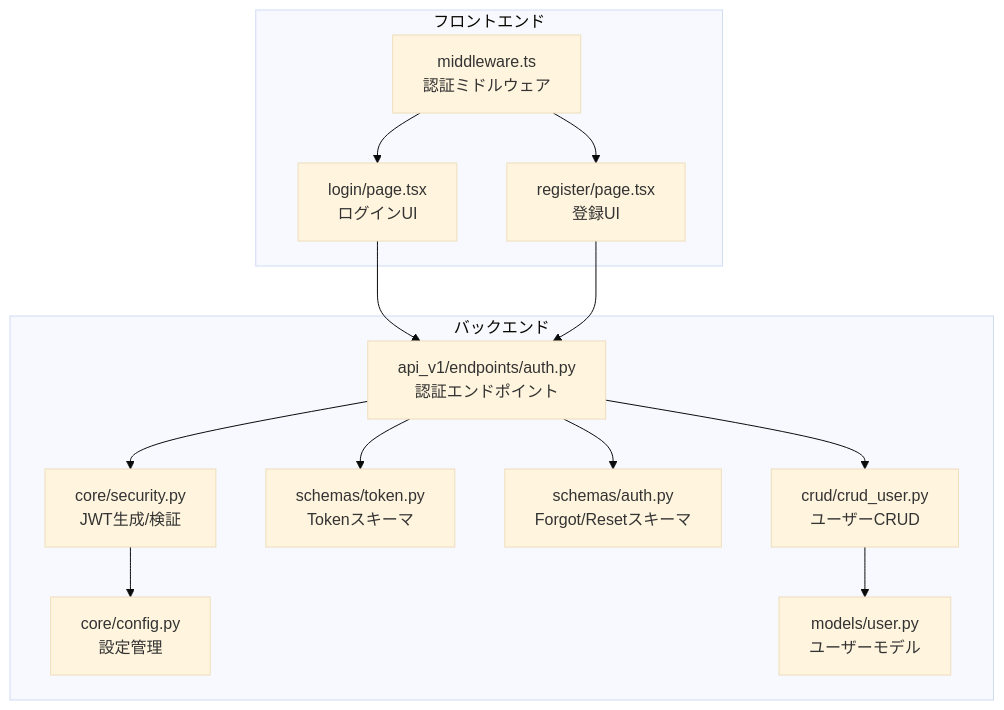
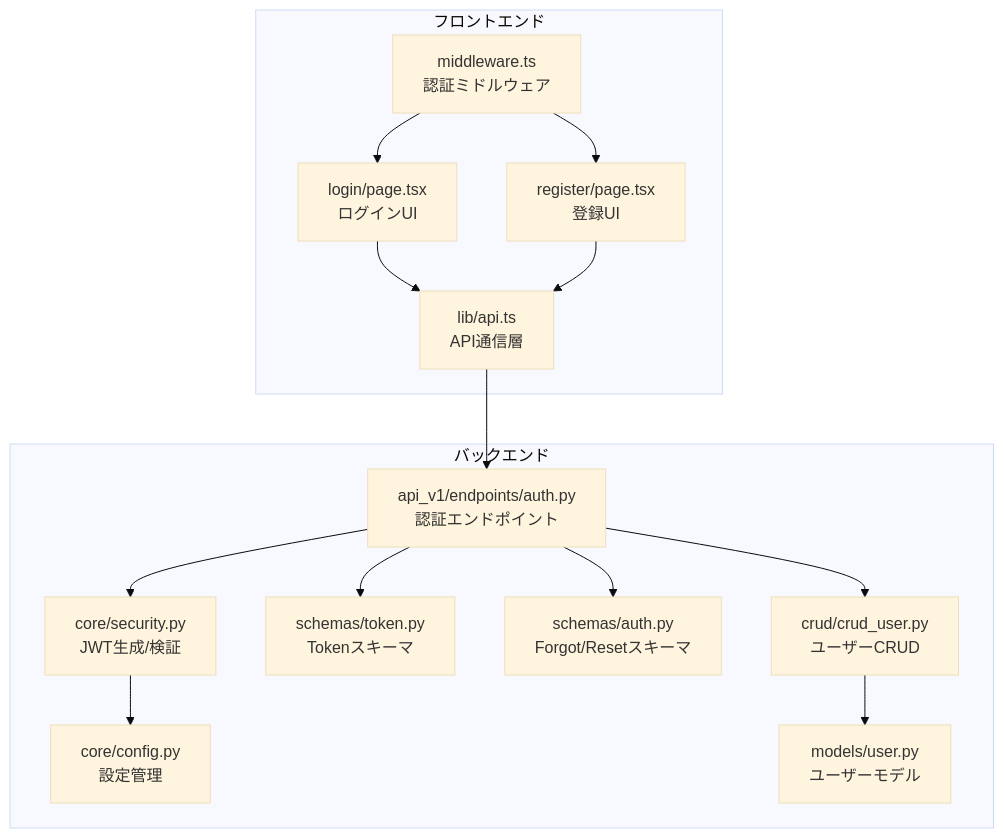
Before and after one commit to ss8806/Todos: the first of 7 diagrams in .qoder/repowiki/ja/content/認証システム/JWTトークン管理.md, drawn with Mermaid (base theme). The commit also changed other lines of this file and 38 other files, not shown here.

````diff
--- a/.qoder/repowiki/ja/content/認証システム/JWTトークン管理.md
+++ b/.qoder/repowiki/ja/content/認証システム/JWTトークン管理.md
@@ -42,27 +54,29 @@
 ```mermaid
 graph TB
 subgraph "フロントエンド"
 FE_MW["middleware.ts<br/>認証ミドルウェア"]
 FE_LOGIN["login/page.tsx<br/>ログインUI"]
 FE_REG["register/page.tsx<br/>登録UI"]
+FE_API["lib/api.ts<br/>API通信層"]
 end
 subgraph "バックエンド"
 BE_AUTH["api_v1/endpoints/auth.py<br/>認証エンドポイント"]
 BE_SEC["core/security.py<br/>JWT生成/検証"]
 BE_CFG["core/config.py<br/>設定管理"]
 BE_SCHEMA_T["schemas/token.py<br/>Tokenスキーマ"]
 BE_SCHEMA_A["schemas/auth.py<br/>Forgot/Resetスキーマ"]
 BE_CRUD["crud/crud_user.py<br/>ユーザーCRUD"]
 BE_MODEL["models/user.py<br/>ユーザーモデル"]
 end
 FE_MW --> FE_LOGIN
 FE_MW --> FE_REG
-FE_LOGIN --> BE_AUTH
-FE_REG --> BE_AUTH
+FE_LOGIN --> FE_API
+FE_REG --> FE_API
+FE_API --> BE_AUTH
 BE_AUTH --> BE_SEC
 BE_AUTH --> BE_CRUD
 BE_CRUD --> BE_MODEL
 BE_SEC --> BE_CFG
 BE_AUTH --> BE_SCHEMA_T
 BE_AUTH --> BE_SCHEMA_A
 ```
````
